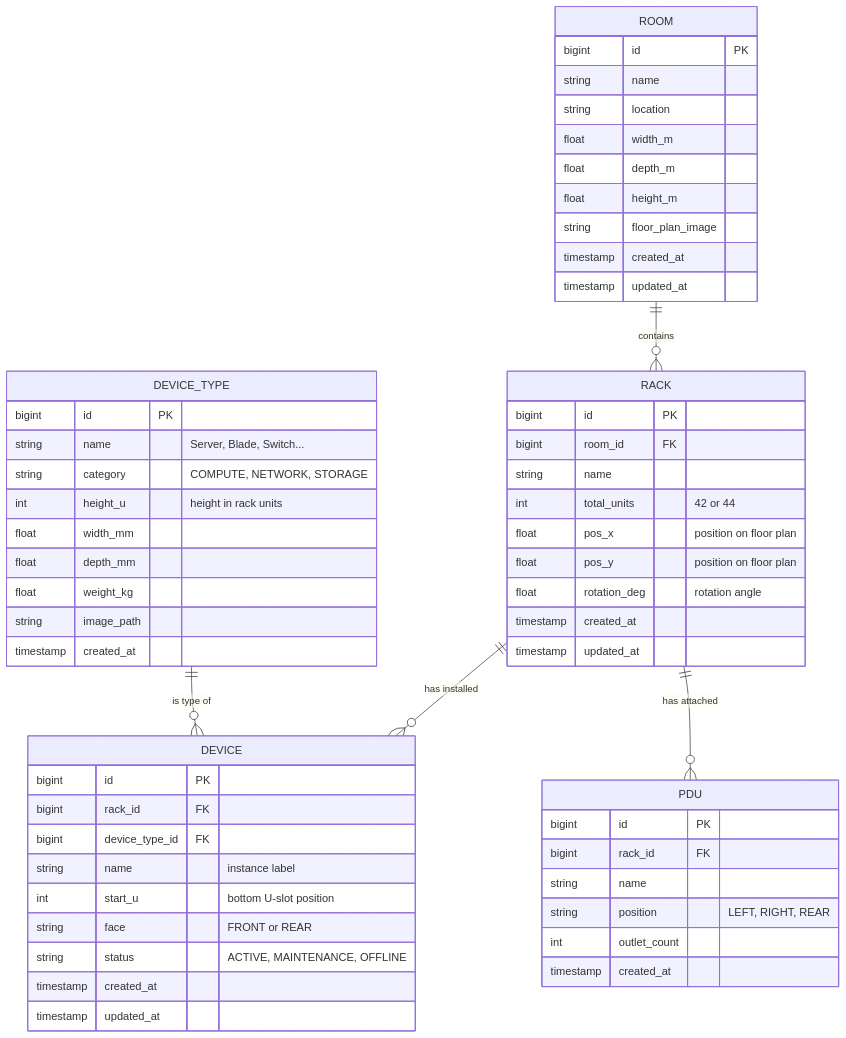
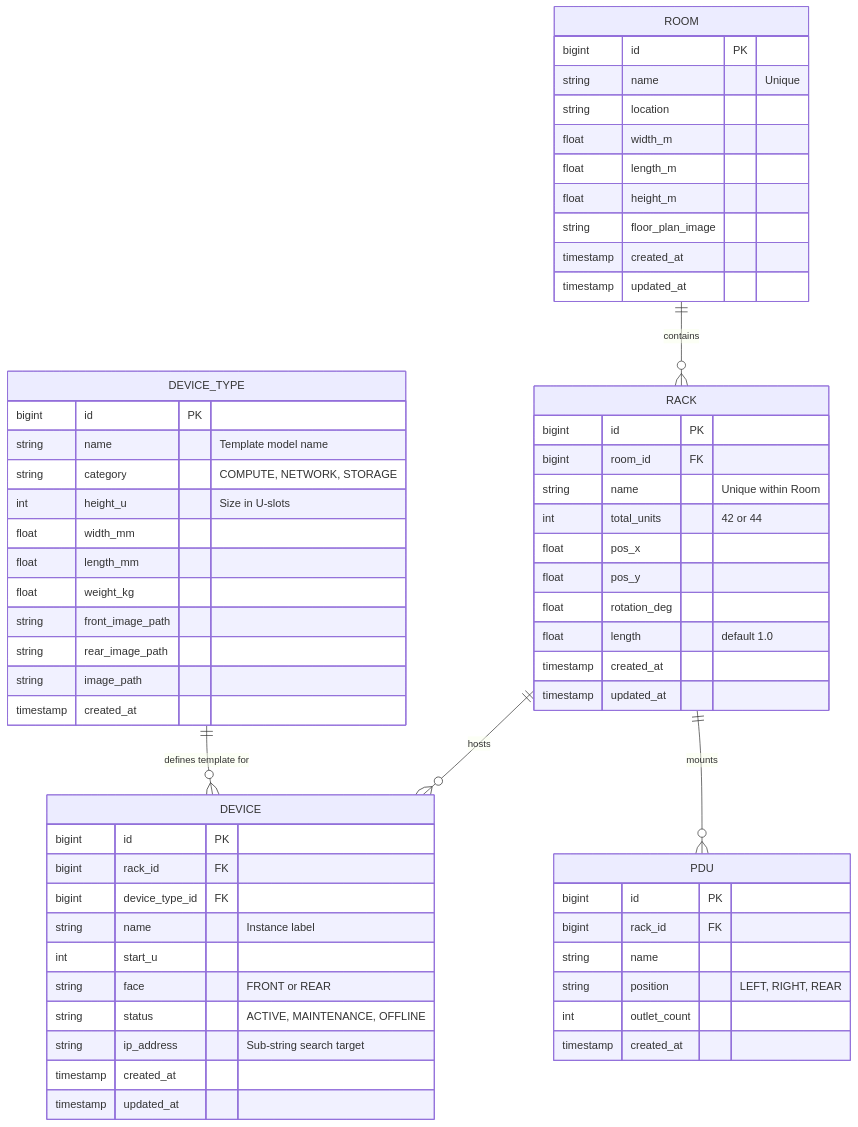
The second of 3 diagrams in docs/design.md (Simpolette/VisualDatacenter), drawn with Mermaid before and after one commit. The commit also changed other lines of this file and 51 other files, not shown here.

````diff
--- a/docs/design.md
+++ b/docs/design.md
@@ -99,64 +130,68 @@
 ```mermaid
 erDiagram
     ROOM ||--o{ RACK : contains
-    RACK ||--o{ DEVICE : "has installed"
-    RACK ||--o{ PDU : "has attached"
-    DEVICE_TYPE ||--o{ DEVICE : "is type of"
+    RACK ||--o{ DEVICE : "hosts"
+    RACK ||--o{ PDU : "mounts"
+    DEVICE_TYPE ||--o{ DEVICE : "defines template for"
 
     ROOM {
         bigint id PK
-        string name
+        string name "Unique"
         string location
         float width_m
-        float depth_m
+        float length_m
         float height_m
         string floor_plan_image
         timestamp created_at
         timestamp updated_at
     }
 
     RACK {
         bigint id PK
         bigint room_id FK
-        string name
+        string name "Unique within Room"
         int total_units "42 or 44"
-        float pos_x "position on floor plan"
-        float pos_y "position on floor plan"
-        float rotation_deg "rotation angle"
+        float pos_x
+        float pos_y
+        float rotation_deg
+        float length "default 1.0"
         timestamp created_at
         timestamp updated_at
     }
 
     DEVICE_TYPE {
         bigint id PK
-        string name "Server, Blade, Switch..."
+        string name "Template model name"
         string category "COMPUTE, NETWORK, STORAGE"
-        int height_u "height in rack units"
+        int height_u "Size in U-slots"
         float width_mm
-        float depth_mm
+        float length_mm
         float weight_kg
+        string front_image_path
+        string rear_image_path
         string image_path
         timestamp created_at
     }
 
     DEVICE {
         bigint id PK
         bigint rack_id FK
         bigint device_type_id FK
-        string name "instance label"
-        int start_u "bottom U-slot position"
+        string name "Instance label"
+        int start_u
         string face "FRONT or REAR"
         string status "ACTIVE, MAINTENANCE, OFFLINE"
+        string ip_address "Sub-string search target"
         timestamp created_at
         timestamp updated_at
     }
 
     PDU {
         bigint id PK
         bigint rack_id FK
         string name
         string position "LEFT, RIGHT, REAR"
         int outlet_count
         timestamp created_at
     }
 ```
````
